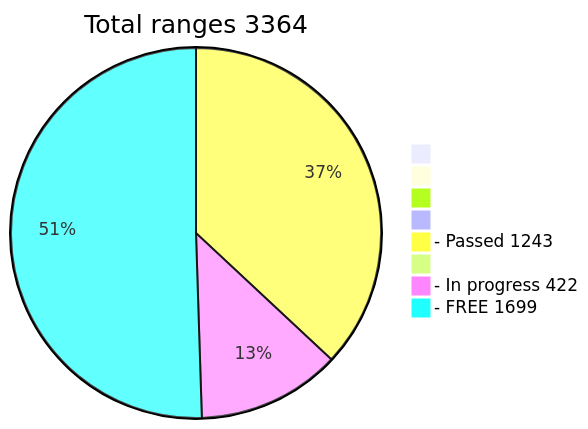
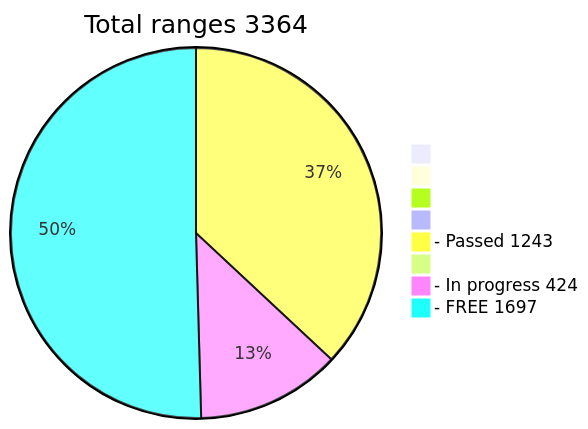
The diagram in README.md (phrutis/wif500), drawn with Mermaid before and after one commit.

````diff
--- a/README.md
+++ b/README.md
@@ -16,12 +16,12 @@
 ```mermaid
 pie title Total ranges 3364
              " " : 0
             "  " : 0
            "   " : 0
           "    " : 0
   "- Passed 1243" : 1243
          "     " : 0
-  "- In progress 422" : 422
-   "- FREE 1699" : 1699
+  "- In progress 424" : 424
+   "- FREE 1697" : 1697
    
 ```
````
